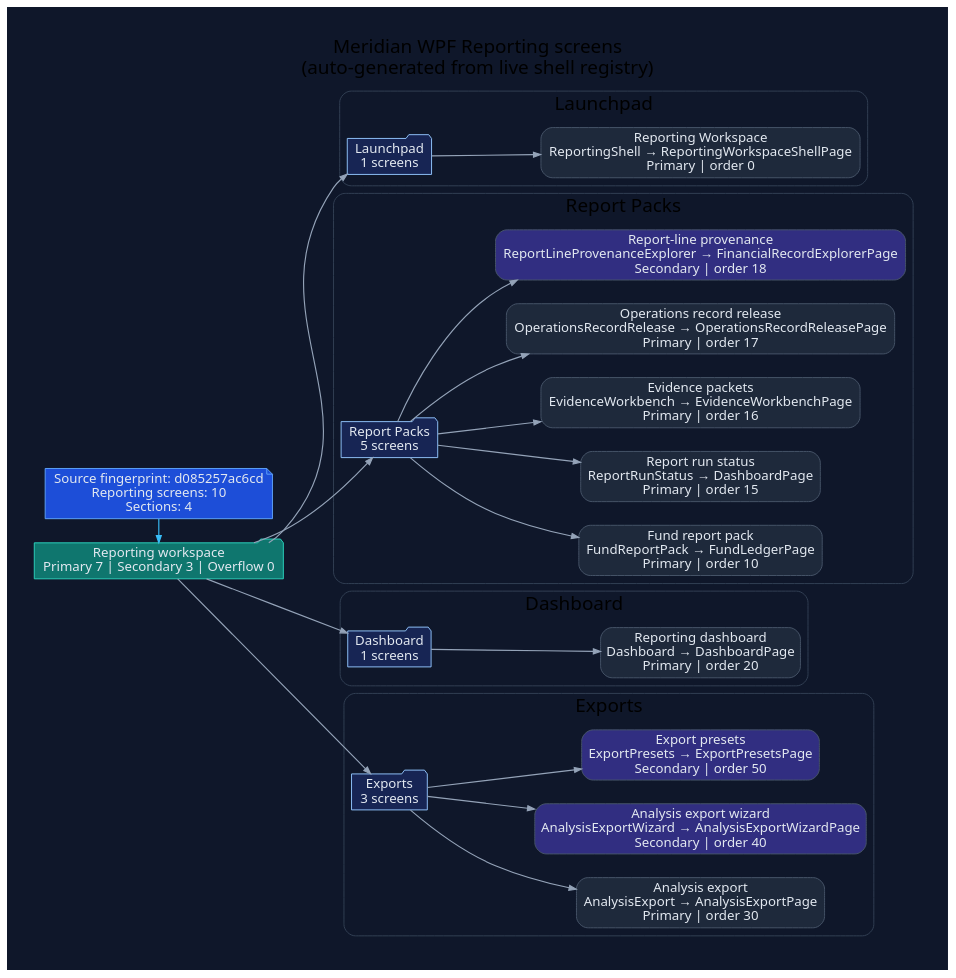
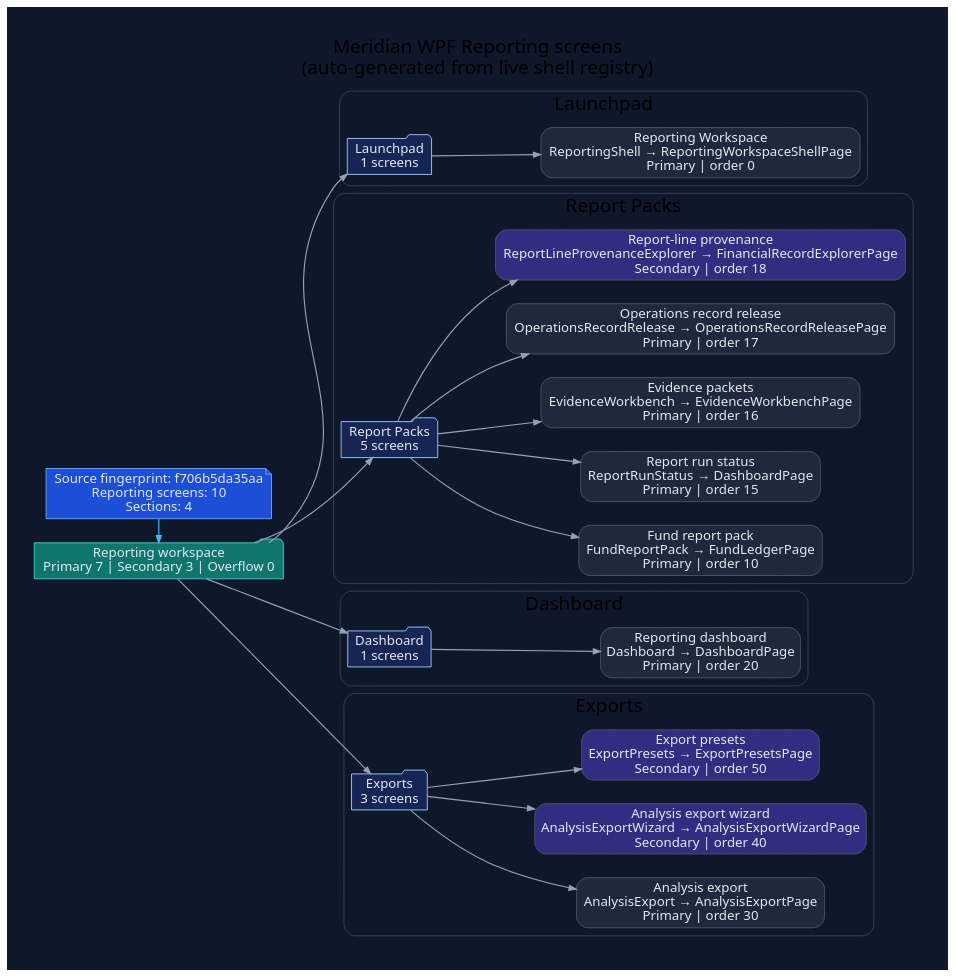
One commit to rodoHasArrived/Meridian-main changed the diagram in docs/diagrams/ui-wpf-screens-reporting.dot. Above: the diagram before and after it, drawn with Graphviz. The commit also changed 430 other files, not shown here.

```diff
--- a/docs/diagrams/ui-wpf-screens-reporting.dot
+++ b/docs/diagrams/ui-wpf-screens-reporting.dot
@@ -1,78 +1,78 @@
 // -----------------------------------------------------------------------------
 // <auto-generated>
 // Generated by scripts/generate-diagrams.mjs.
 // Do not edit this file directly; update the WPF source files instead.
 // -----------------------------------------------------------------------------
 digraph WpfReportingScreens {
   graph [
     rankdir=LR,
     labelloc=t,
     label="Meridian WPF Reporting screens\n(auto-generated from live shell registry)",
     fontname="Segoe UI",
     fontsize=20,
     pad=0.4,
     nodesep=0.35,
     ranksep=0.85,
     bgcolor="#0f172a"
   ];
   node [fontname="Segoe UI", shape=box, style="rounded,filled", color="#475569", fontcolor="#e2e8f0", fillcolor="#1e293b"];
   edge [fontname="Segoe UI", color="#94a3b8", penwidth=1.2, arrowsize=0.75];
 
-  generated [shape=note, fillcolor="#1d4ed8", color="#60a5fa", label="Source fingerprint: d085257ac6cd\nReporting screens: 10\nSections: 4"];
+  generated [shape=note, fillcolor="#1d4ed8", color="#60a5fa", label="Source fingerprint: f706b5da35aa\nReporting screens: 10\nSections: 4"];
   workspace [shape=folder, fillcolor="#0f766e", color="#2dd4bf", label="Reporting workspace\nPrimary 7 | Secondary 3 | Overflow 0"];
   generated -> workspace [color="#38bdf8"];
 
   subgraph cluster_section_1 {
     label="Launchpad";
     color="#334155";
     style="rounded";
     section_1 [shape=folder, fillcolor="#172554", color="#93c5fd", label="Launchpad\n1 screens"];
     workspace -> section_1;
     screen_ReportingShell [fillcolor="#1e293b", label="Reporting Workspace\nReportingShell → ReportingWorkspaceShellPage\nPrimary | order 0"];
     section_1 -> screen_ReportingShell;
   }
 
   subgraph cluster_section_2 {
     label="Report Packs";
     color="#334155";
     style="rounded";
     section_2 [shape=folder, fillcolor="#172554", color="#93c5fd", label="Report Packs\n5 screens"];
     workspace -> section_2;
     screen_FundReportPack [fillcolor="#1e293b", label="Fund report pack\nFundReportPack → FundLedgerPage\nPrimary | order 10"];
     section_2 -> screen_FundReportPack;
     screen_ReportRunStatus [fillcolor="#1e293b", label="Report run status\nReportRunStatus → DashboardPage\nPrimary | order 15"];
     section_2 -> screen_ReportRunStatus;
     screen_EvidenceWorkbench [fillcolor="#1e293b", label="Evidence packets\nEvidenceWorkbench → EvidenceWorkbenchPage\nPrimary | order 16"];
     section_2 -> screen_EvidenceWorkbench;
     screen_OperationsRecordRelease [fillcolor="#1e293b", label="Operations record release\nOperationsRecordRelease → OperationsRecordReleasePage\nPrimary | order 17"];
     section_2 -> screen_OperationsRecordRelease;
     screen_ReportLineProvenanceExplorer [fillcolor="#312e81", label="Report-line provenance\nReportLineProvenanceExplorer → FinancialRecordExplorerPage\nSecondary | order 18"];
     section_2 -> screen_ReportLineProvenanceExplorer;
   }
 
   subgraph cluster_section_3 {
     label="Dashboard";
     color="#334155";
     style="rounded";
     section_3 [shape=folder, fillcolor="#172554", color="#93c5fd", label="Dashboard\n1 screens"];
     workspace -> section_3;
     screen_Dashboard [fillcolor="#1e293b", label="Reporting dashboard\nDashboard → DashboardPage\nPrimary | order 20"];
     section_3 -> screen_Dashboard;
   }
 
   subgraph cluster_section_4 {
     label="Exports";
     color="#334155";
     style="rounded";
     section_4 [shape=folder, fillcolor="#172554", color="#93c5fd", label="Exports\n3 screens"];
     workspace -> section_4;
     screen_AnalysisExport [fillcolor="#1e293b", label="Analysis export\nAnalysisExport → AnalysisExportPage\nPrimary | order 30"];
     section_4 -> screen_AnalysisExport;
     screen_AnalysisExportWizard [fillcolor="#312e81", label="Analysis export wizard\nAnalysisExportWizard → AnalysisExportWizardPage\nSecondary | order 40"];
     section_4 -> screen_AnalysisExportWizard;
     screen_ExportPresets [fillcolor="#312e81", label="Export presets\nExportPresets → ExportPresetsPage\nSecondary | order 50"];
     section_4 -> screen_ExportPresets;
   }
 
   { rank=min; generated; workspace; }
 }
```
